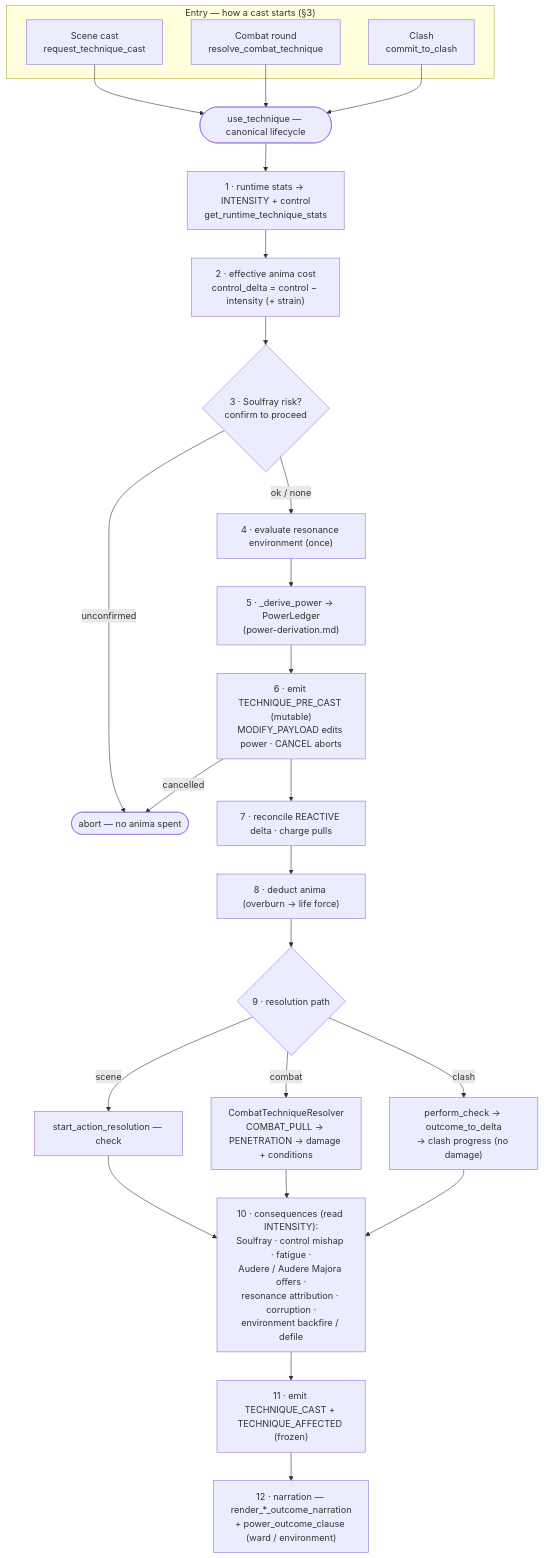
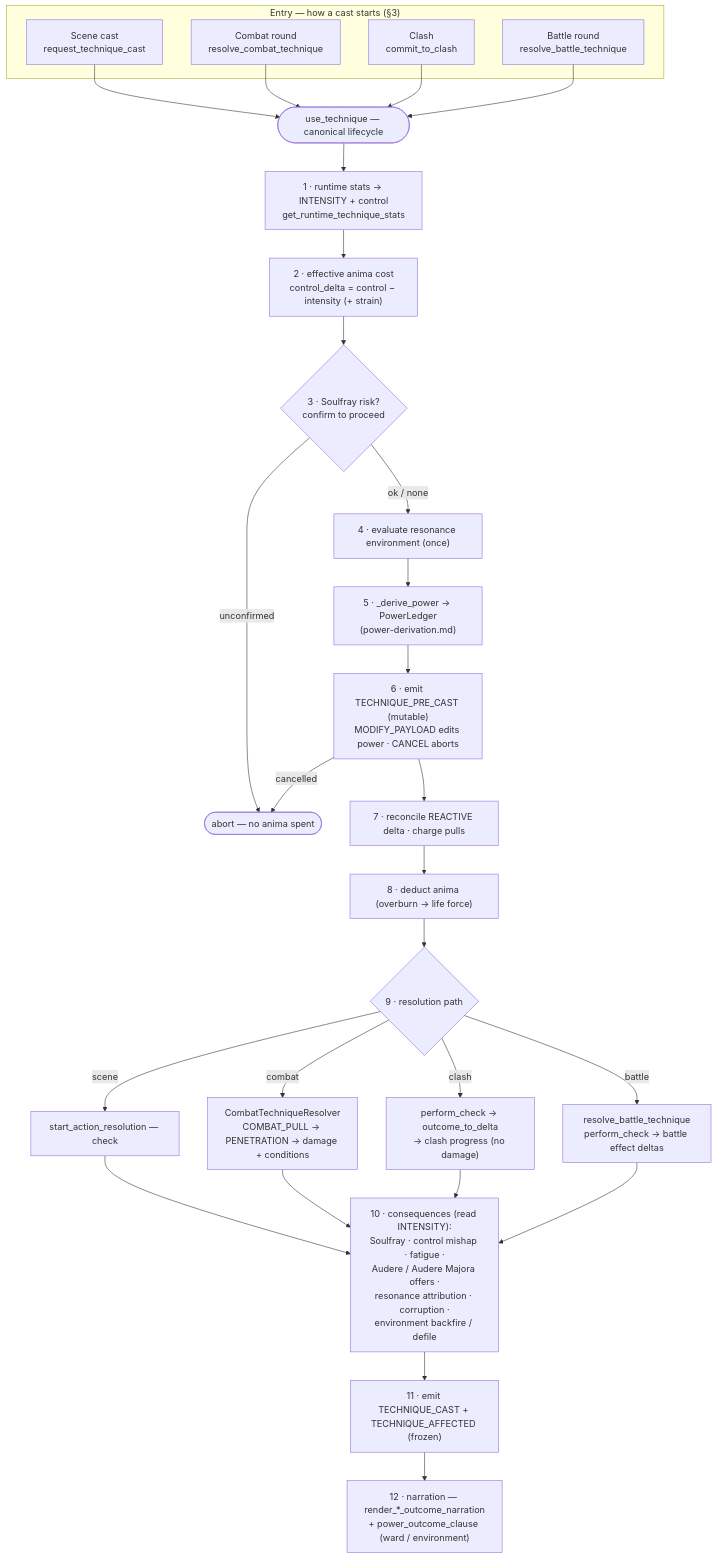
One commit to Arx-Game/arxii changed the diagram in docs/architecture/technique-use-pipeline.md. Above: the diagram before and after it, drawn with Mermaid. The commit also changed other lines of this file and 20 other files, not shown here.

````diff
--- a/docs/architecture/technique-use-pipeline.md
+++ b/docs/architecture/technique-use-pipeline.md
@@ -79,32 +80,36 @@
 ```mermaid
 flowchart TD
     subgraph ENTRY["Entry — how a cast starts (§3)"]
         A["Scene cast<br/>request_technique_cast"]
         B["Combat round<br/>resolve_combat_technique"]
         C["Clash<br/>commit_to_clash"]
+        D["Battle round<br/>resolve_battle_technique"]
     end
     A --> UT
     B --> UT
     C --> UT
+    D --> UT
     UT(["use_technique — canonical lifecycle"])
     UT --> S1["1 · runtime stats → INTENSITY + control<br/>get_runtime_technique_stats"]
     S1 --> S2["2 · effective anima cost<br/>control_delta = control − intensity (+ strain)"]
     S2 --> S3{"3 · Soulfray risk?<br/>confirm to proceed"}
     S3 -- "unconfirmed" --> ABORT([abort — no anima spent])
     S3 -- "ok / none" --> S4["4 · evaluate resonance environment (once)"]
     S4 --> S5["5 · _derive_power → PowerLedger<br/>(power-derivation.md)"]
     S5 --> S6["6 · emit TECHNIQUE_PRE_CAST (mutable)<br/>MODIFY_PAYLOAD edits power · CANCEL aborts"]
     S6 -- "cancelled" --> ABORT
     S6 --> S7["7 · reconcile REACTIVE delta · charge pulls"]
     S7 --> S8["8 · deduct anima (overburn → life force)"]
     S8 --> RES{9 · resolution path}
     RES -- "scene" --> RSCENE["start_action_resolution — check"]
     RES -- "combat" --> RCOMBAT["CombatTechniqueResolver<br/>COMBAT_PULL → PENETRATION → damage + conditions"]
     RES -- "clash" --> RCLASH["perform_check → outcome_to_delta<br/>→ clash progress (no damage)"]
+    RES -- "battle" --> RBATTLE["resolve_battle_technique<br/>perform_check → battle effect deltas"]
     RSCENE --> CONS
     RCOMBAT --> CONS
     RCLASH --> CONS
+    RBATTLE --> CONS
     CONS["10 · consequences (read INTENSITY):<br/>Soulfray · control mishap · fatigue ·<br/>Audere / Audere Majora offers ·<br/>resonance attribution · corruption ·<br/>environment backfire / defile"]
     CONS --> EV["11 · emit TECHNIQUE_CAST + TECHNIQUE_AFFECTED (frozen)"]
     EV --> NARR["12 · narration — render_*_outcome_narration<br/>+ power_outcome_clause (ward / environment)"]
 ```
````
